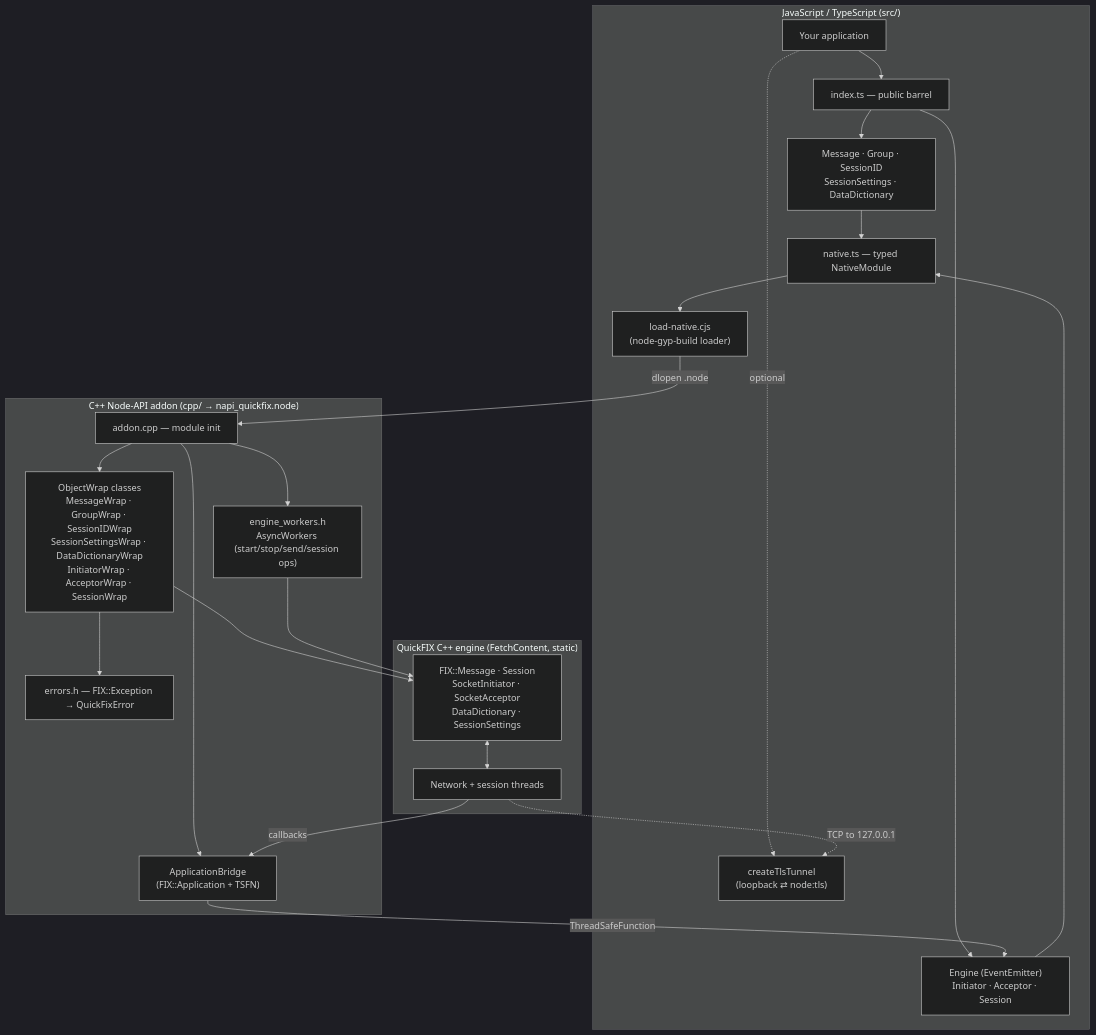
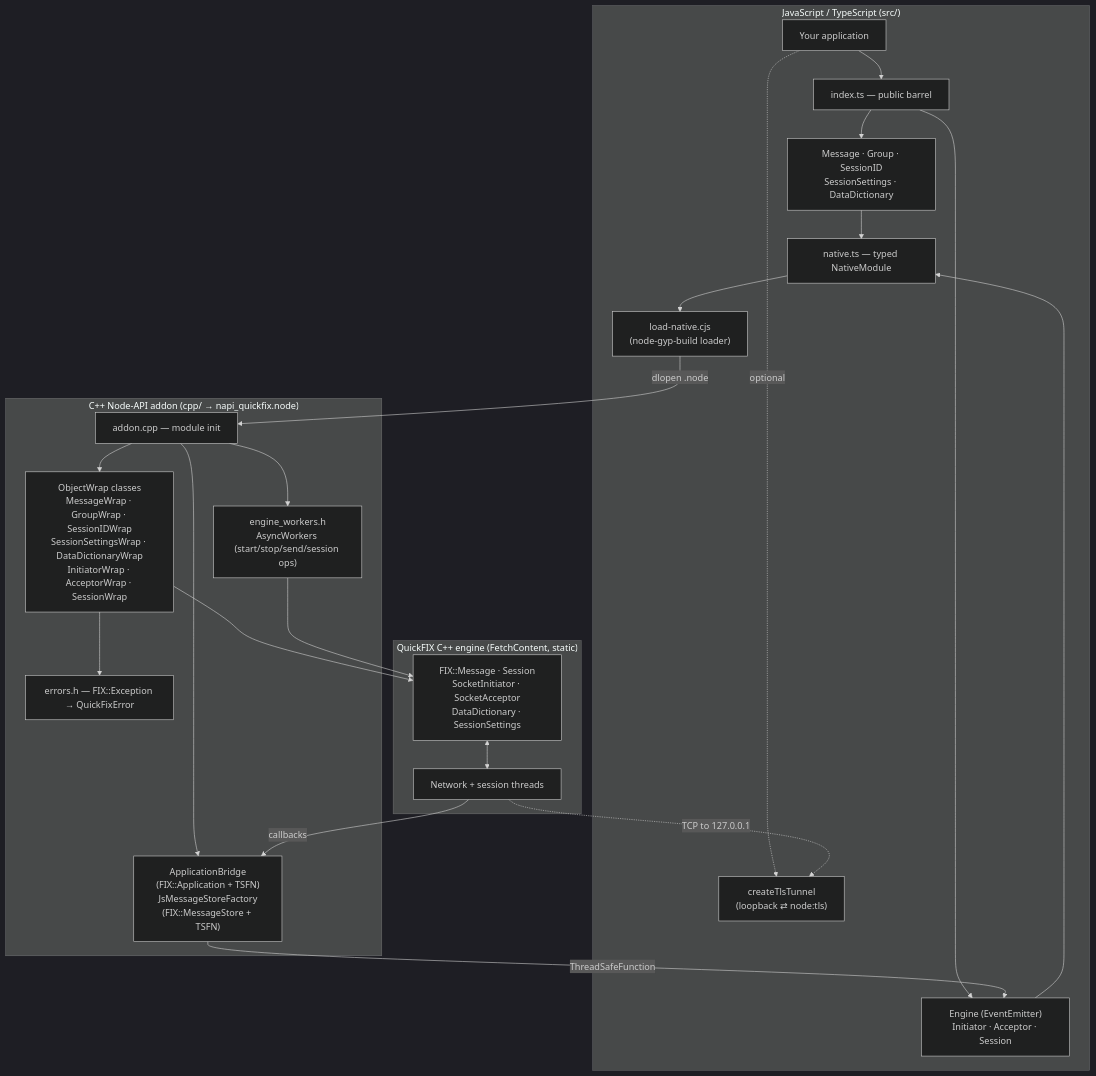
One commit to homaiohq/napi-quickfix changed the first of 8 diagrams in ARCHITECTURE.md. Above: the diagram before and after it, drawn with Mermaid (dark theme). The commit also changed other lines of this file and 25 other files, not shown here.

````diff
--- a/ARCHITECTURE.md
+++ b/ARCHITECTURE.md
@@ -19,39 +19,39 @@
 ```mermaid
 graph TD
   subgraph JS["JavaScript / TypeScript  (src/)"]
     APP["Your application"]
     IDX["index.ts — public barrel"]
     MSG["Message · Group · SessionID<br/>SessionSettings · DataDictionary"]
     ENG["Engine (EventEmitter)<br/>Initiator · Acceptor · Session"]
     TUN["createTlsTunnel<br/>(loopback ⇄ node:tls)"]
     NAT["native.ts — typed NativeModule"]
     LOAD["load-native.cjs<br/>(node-gyp-build loader)"]
   end
 
   subgraph ADDON["C++ Node-API addon  (cpp/ → napi_quickfix.node)"]
     REG["addon.cpp — module init"]
     WRAPS["ObjectWrap classes<br/>MessageWrap · GroupWrap · SessionIDWrap<br/>SessionSettingsWrap · DataDictionaryWrap<br/>InitiatorWrap · AcceptorWrap · SessionWrap"]
-    BRIDGE["ApplicationBridge<br/>(FIX::Application + TSFN)"]
+    BRIDGE["ApplicationBridge<br/>(FIX::Application + TSFN)<br/>JsMessageStoreFactory<br/>(FIX::MessageStore + TSFN)"]
     WORKERS["engine_workers.h<br/>AsyncWorkers (start/stop/send/session ops)"]
     ERR["errors.h — FIX::Exception → QuickFixError"]
   end
 
   subgraph QF["QuickFIX C++ engine  (FetchContent, static)"]
     CORE["FIX::Message · Session<br/>SocketInitiator · SocketAcceptor<br/>DataDictionary · SessionSettings"]
     NET["Network + session threads"]
   end
 
   APP --> IDX --> MSG & ENG
   MSG --> NAT
   ENG --> NAT
   NAT --> LOAD -->|"dlopen .node"| REG
   REG --> WRAPS & BRIDGE & WORKERS
   WRAPS --> ERR
   WRAPS --> CORE
   WORKERS --> CORE
   CORE <--> NET
   NET -->|"callbacks"| BRIDGE
   BRIDGE -->|"ThreadSafeFunction"| ENG
   APP -.->|"optional"| TUN
   NET -.->|"TCP to 127.0.0.1"| TUN
 ```
````
